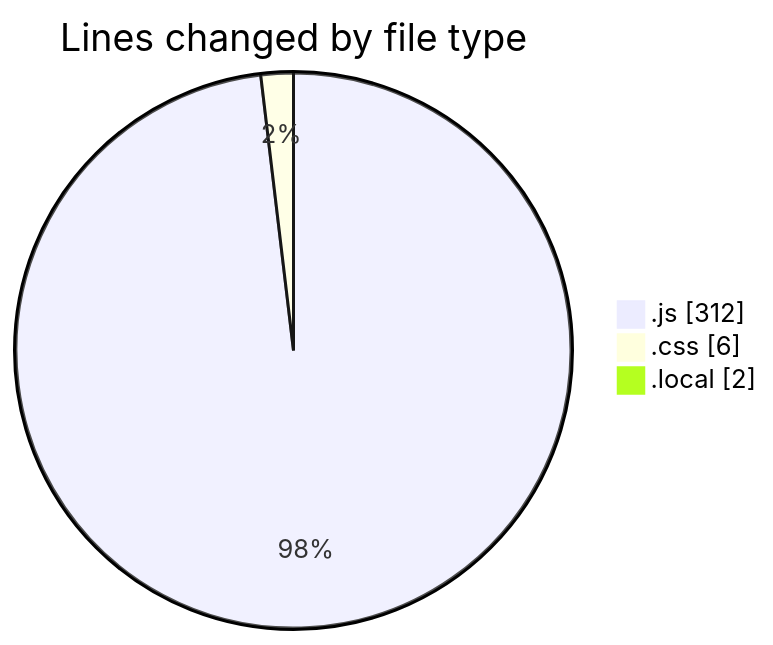
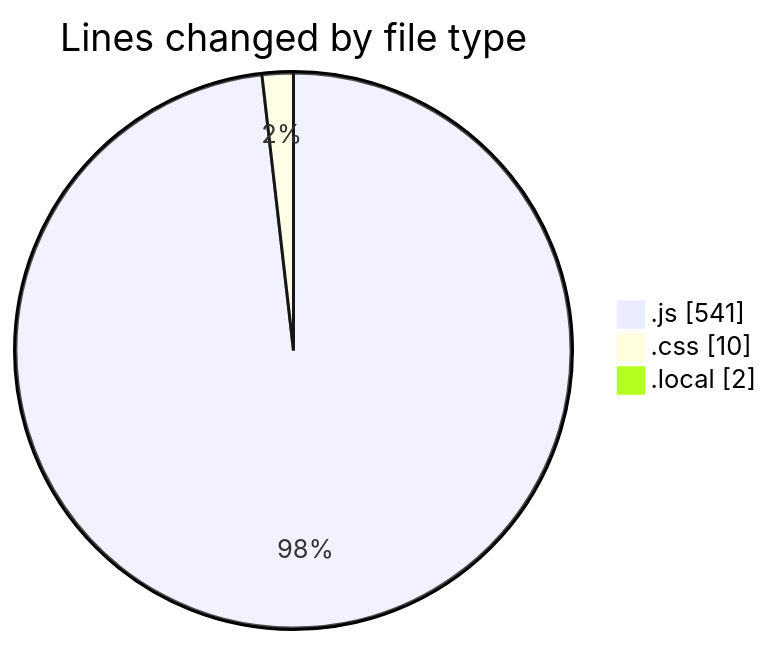
One commit to Ritupan-Deka/code-tracking changed the first of 2 diagrams in 2025-05-04/houserentalservice/README.md. Above: the diagram before and after it, drawn with Mermaid. The commit also changed other lines of this file and 1 other file, not shown here.

````diff
--- a/2025-05-04/houserentalservice/README.md
+++ b/2025-05-04/houserentalservice/README.md
@@ -32,7 +35,7 @@
 ```mermaid
 pie showData
 title Lines changed by file type
-".js" : 312
-".css" : 6
+".js" : 541
+".css" : 10
 ".local" : 2
 ```
````
